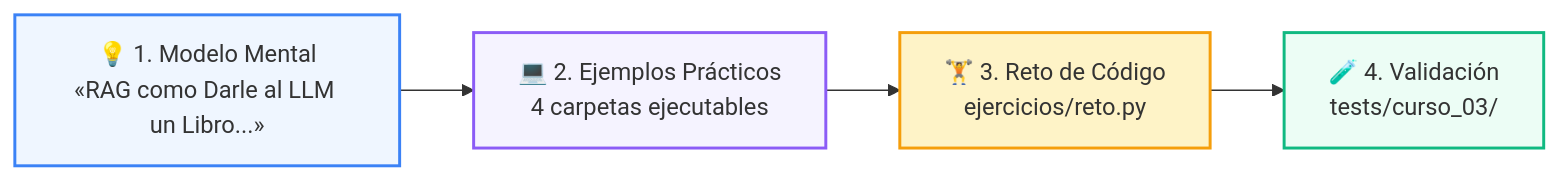
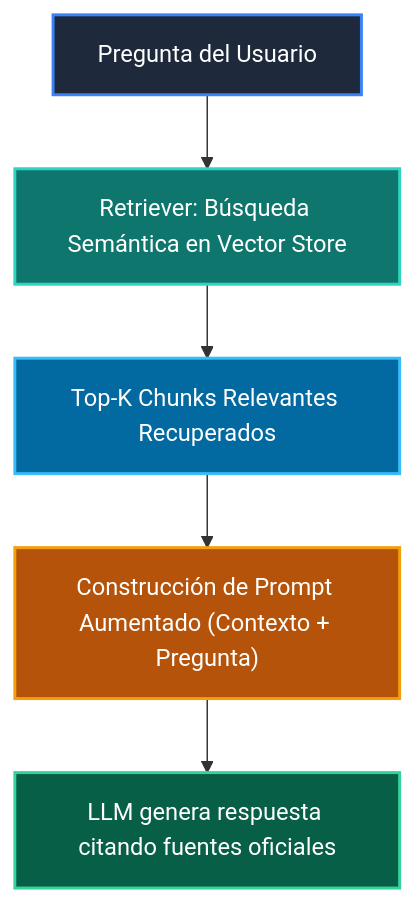
Before and after one commit to wisrovi/wisrovi-python: the diagram in 03-agentes-ia/clase-06-arquitecturas-rag/README.md, drawn with Mermaid. The commit also changed other lines of this file and 271 other files, not shown here.

Commit message:
docs: rewrite all README.md files with bespoke topic-specific Mermaid diagrams and remove repetitive boilerplate

````diff
--- a/03-agentes-ia/clase-06-arquitecturas-rag/README.md
+++ b/03-agentes-ia/clase-06-arquitecturas-rag/README.md
@@ -19,11 +12,13 @@
 ```mermaid
-flowchart LR
-    M["💡 1. Modelo Mental<br/>«RAG como Darle al LLM un Libro...»"] --> E["💻 2. Ejemplos Prácticos<br/>4 carpetas ejecutables"]
-    E --> R["🏋️ 3. Reto de Código<br/>ejercicios/reto.py"]
-    R --> T["🧪 4. Validación<br/>tests/curso_03/"]
+flowchart TD
+    Q["Pregunta del Usuario"] --> RET["Retriever: Búsqueda Semántica en Vector Store"]
+    RET --> CHK["Top-K Chunks Relevantes Recuperados"]
+    CHK --> PROMPT["Construcción de Prompt Aumentado (Contexto + Pregunta)"]
+    PROMPT --> LLM["LLM genera respuesta citando fuentes oficiales"]
 
-    style M fill:#eff6ff,stroke:#3b82f6,stroke-width:2px
-    style E fill:#f5f3ff,stroke:#8b5cf6,stroke-width:2px
-    style R fill:#fef3c7,stroke:#f59e0b,stroke-width:2px
-    style T fill:#ecfdf5,stroke:#10b981,stroke-width:2px
+    style Q fill:#1e293b,color:#fff,stroke:#3b82f6,stroke-width:2px
+    style RET fill:#0f766e,color:#fff,stroke:#2dd4bf,stroke-width:2px
+    style CHK fill:#0369a1,color:#fff,stroke:#38bdf8,stroke-width:2px
+    style PROMPT fill:#b45309,color:#fff,stroke:#f59e0b,stroke-width:2px
+    style LLM fill:#065f46,color:#fff,stroke:#34d399,stroke-width:2px
 ```
````
